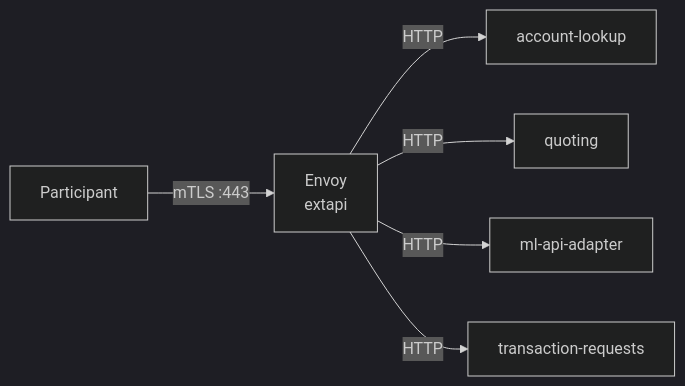
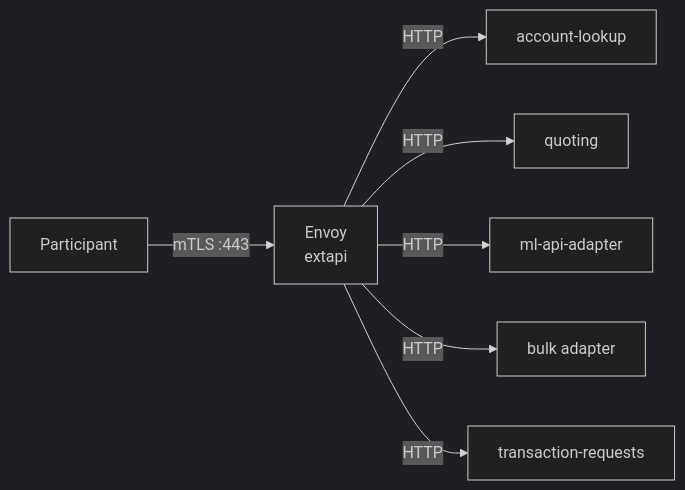
The second of 3 diagrams in doc/architecture/participant-integration.md (mojaloop/ml-deployment-toolkit), drawn with Mermaid (dark theme) before and after one commit. The commit also changed other lines of this file and 12 other files, not shown here.

Commit message:
docs(architecture): align every page with the running system; participant-integration becomes the versioned contract

````diff
--- a/doc/architecture/participant-integration.md
+++ b/doc/architecture/participant-integration.md
@@ -127,8 +149,9 @@
 ```mermaid
 flowchart LR
     p["Participant"] -->|"mTLS :443"| e["Envoy<br/>extapi"]
     e -->|"HTTP"| als["account-lookup"]
     e -->|"HTTP"| q["quoting"]
     e -->|"HTTP"| ml["ml-api-adapter"]
+    e -->|"HTTP"| b["bulk adapter"]
     e -->|"HTTP"| tr["transaction-requests"]
 ```
````
